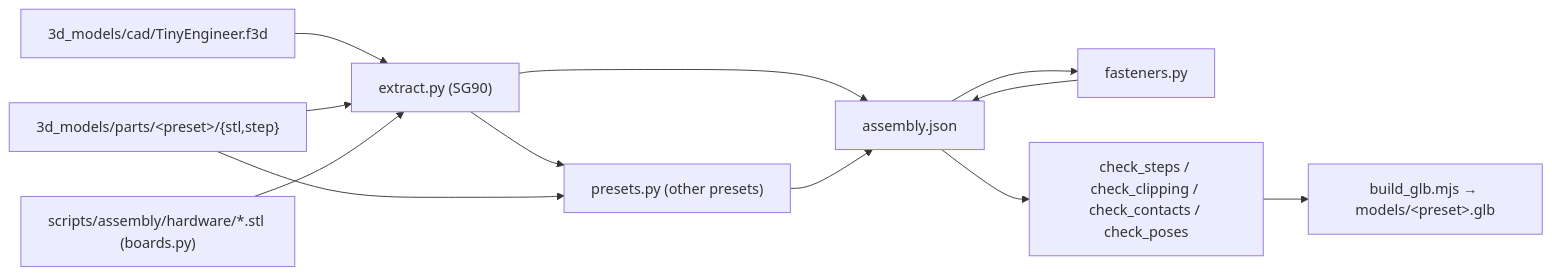
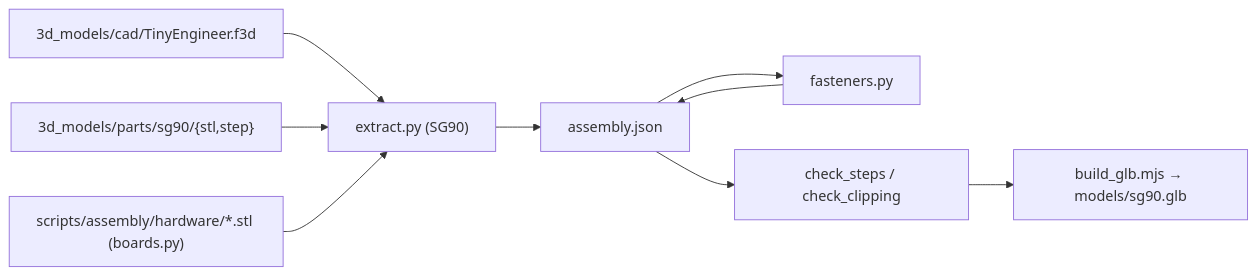
One commit to jamro/tiny-engineer changed the diagram in docs/3d/assembly-viewer.md. Above: the diagram before and after it, drawn with Mermaid. The commit also changed other lines of this file and 74 other files, not shown here.

````diff
--- a/docs/3d/assembly-viewer.md
+++ b/docs/3d/assembly-viewer.md
@@ -5,21 +5,17 @@
 ```mermaid
 flowchart LR
   f3d["3d_models/cad/TinyEngineer.f3d"]
-  parts["3d_models/parts/&lt;preset&gt;/{stl,step}"]
+  parts["3d_models/parts/sg90/{stl,step}"]
   boards["scripts/assembly/hardware/*.stl (boards.py)"]
   extract["extract.py (SG90)"]
-  presets["presets.py (other presets)"]
   fasteners["fasteners.py"]
   json["assembly.json"]
-  checks["check_steps / check_clipping / check_contacts / check_poses"]
-  glb["build_glb.mjs → models/&lt;preset&gt;.glb"]
+  checks["check_steps / check_clipping"]
+  glb["build_glb.mjs → models/sg90.glb"]
   f3d --> extract
   parts --> extract
   boards --> extract
-  extract --> presets
-  parts --> presets
   extract --> json
-  presets --> json
   json --> fasteners --> json
   json --> checks --> glb
 ```
````
